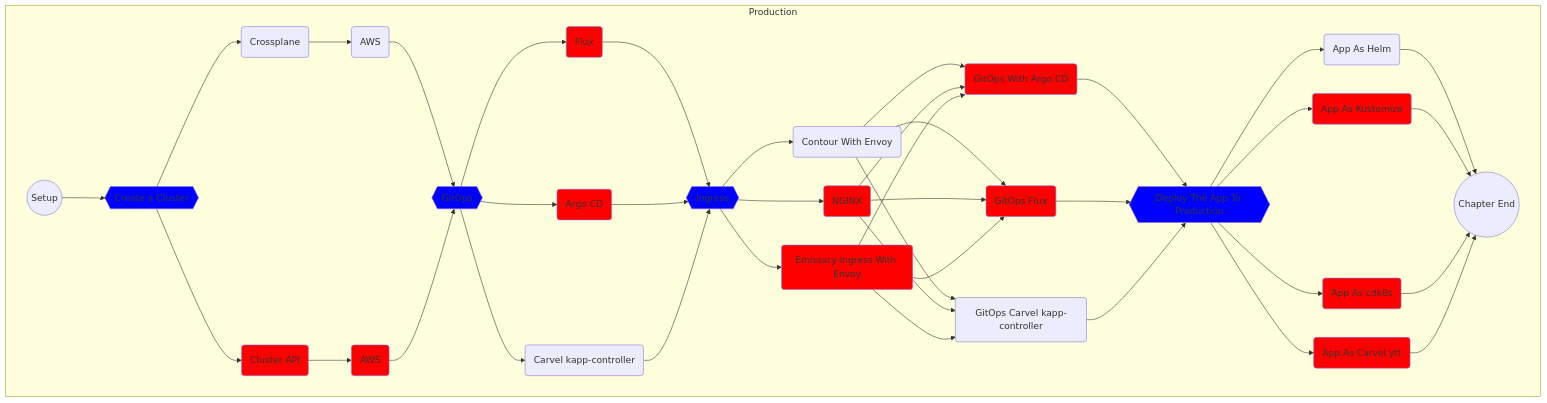
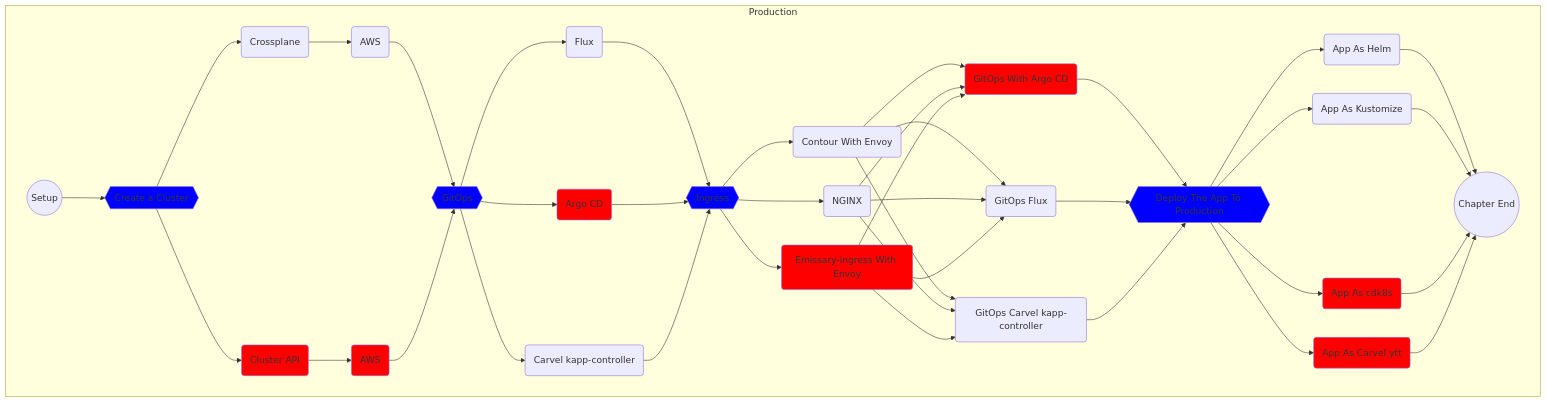
The diagram in manuscript/setup/kubecon.md (vfarcic/cncf-demo), drawn with Mermaid before and after one commit. The commit also changed other lines of this file and 28 other files, not shown here.

```diff
--- a/manuscript/setup/kubecon.md
+++ b/manuscript/setup/kubecon.md
@@ -98,7 +109,6 @@
         click gitops "https://github.com/vfarcic/cncf-demo/blob/main/manuscript/gitops/README.md"
         style gitops fill:blue
         gitops-flux(Flux)
-        style gitops-flux fill:red
         click gitops-flux "https://github.com/vfarcic/cncf-demo/blob/main/manuscript/gitops/flux.md"
         gitops-argocd(Argo CD)
         click gitops-argocd "https://github.com/vfarcic/cncf-demo/blob/main/manuscript/gitops/argocd.md"
@@ -117,7 +127,6 @@
         click ingress-contour "https://github.com/vfarcic/cncf-demo/blob/main/manuscript/ingress/contour.md"
         ingress-nginx(NGINX)
         click ingress-nginx "https://github.com/vfarcic/cncf-demo/blob/main/manuscript/ingress/nginx.md"
-        style ingress-nginx fill:red
         emissary-ingress(Emissary-ingress With Envoy)
         click ingress-nginx "https://github.com/vfarcic/cncf-demo/blob/main/manuscript/ingress/emissary-ingress.md"
         style emissary-ingress fill:red
@@ -126,7 +135,6 @@
         style ingress-argocd fill:red
         ingress-flux(GitOps Flux)
         click ingress-flux "https://github.com/vfarcic/cncf-demo/blob/main/manuscript/ingress/gitops-flux.md"
-        style ingress-flux fill:red
         ingress-kapp(GitOps Carvel kapp-controller)
         click ingress-kapp "https://github.com/vfarcic/cncf-demo/blob/main/manuscript/ingress/gitops-kapp.md"
         ingress-->ingress-contour & ingress-nginx & emissary-ingress --> ingress-argocd & ingress-flux & ingress-kapp --> app
@@ -141,7 +149,6 @@
         click app-helm "https://github.com/vfarcic/cncf-demo/blob/main/manuscript/app/helm.md"
         app-kustomize(App As Kustomize)
         click app-kustomize "https://github.com/vfarcic/cncf-demo/blob/main/manuscript/app/kustomize.md"
-        style app-kustomize fill:red
         app-cdk8s(App As cdk8s)
         click app-cdk8s "https://github.com/vfarcic/cncf-demo/blob/main/manuscript/app/cdk8s.md"
         style app-cdk8s fill:red
```
